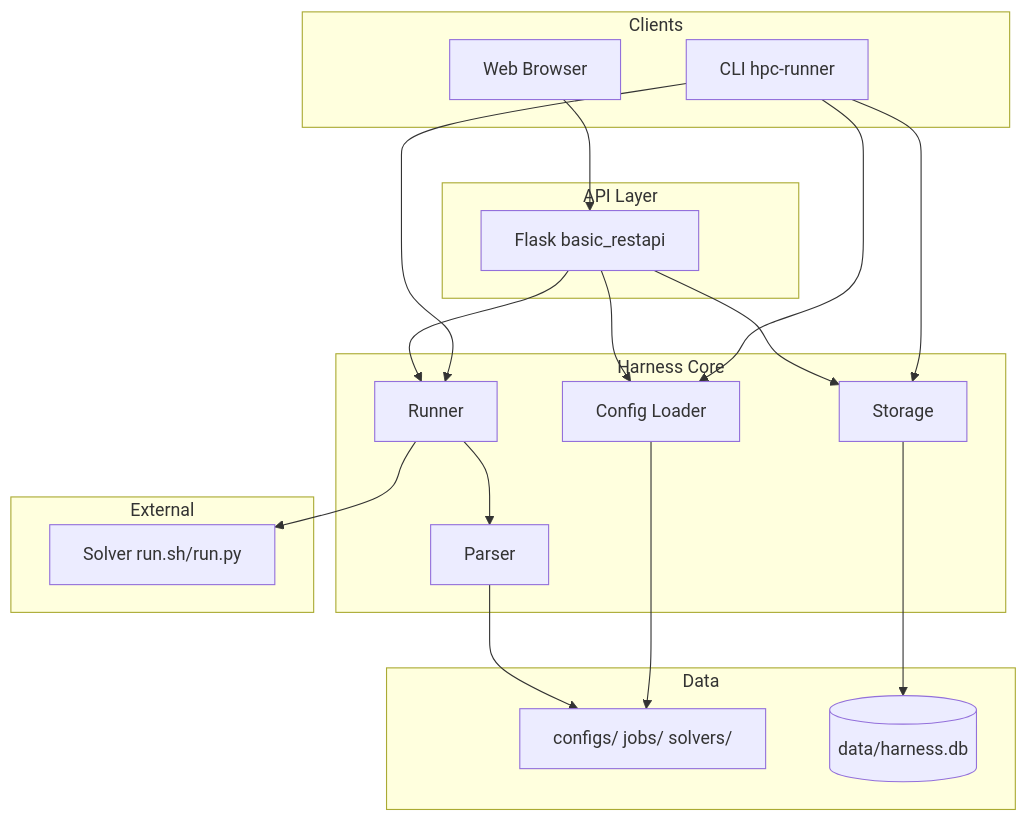
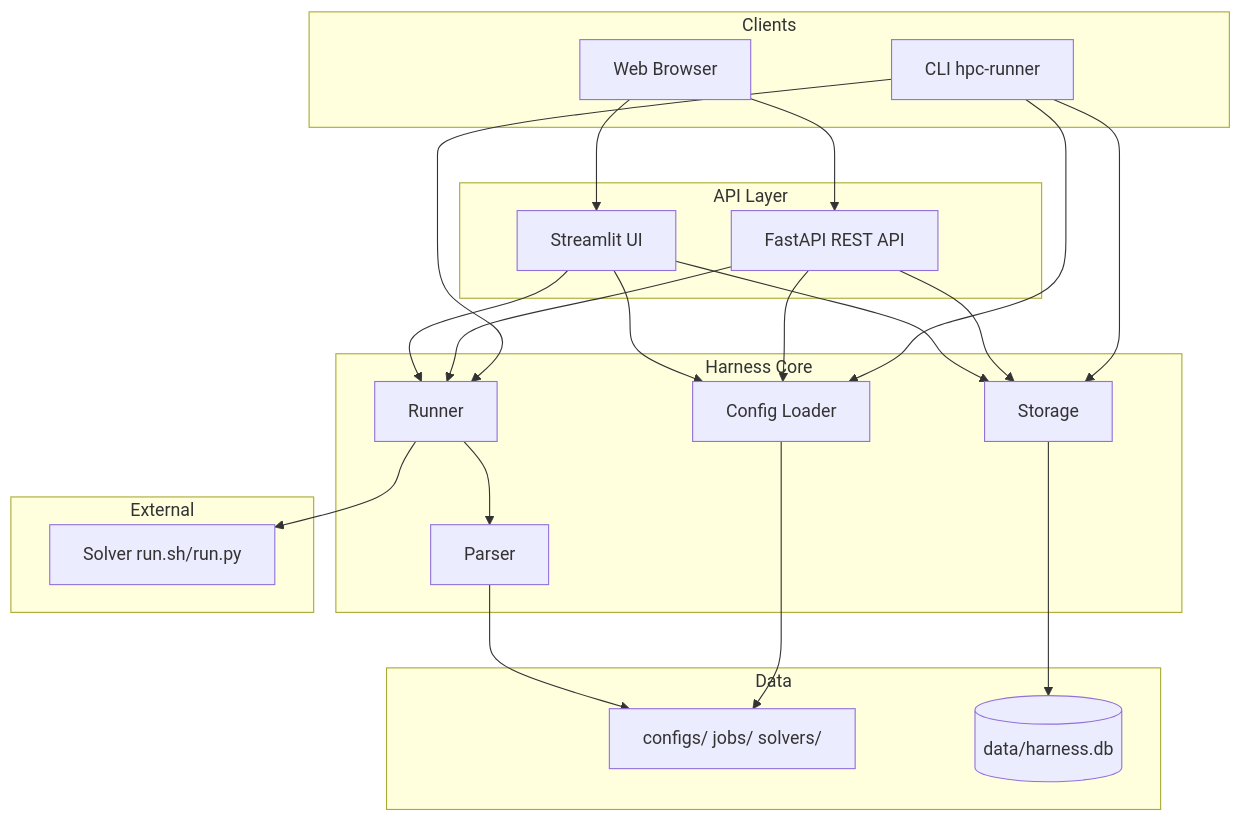
One commit to fractalclockwork/hpc-runner changed the first of 2 diagrams in docs/architecture.md. Above: the diagram before and after it, drawn with Mermaid. The commit also changed other lines of this file and 16 other files, not shown here.

````diff
--- a/docs/architecture.md
+++ b/docs/architecture.md
@@ -11,35 +11,40 @@
 ```mermaid
 flowchart TB
     subgraph clients [Clients]
         CLI[CLI hpc-runner]
         Browser[Web Browser]
     end
     subgraph api [API Layer]
-        Flask[Flask basic_restapi]
+        FastAPI[FastAPI REST API]
+        Streamlit[Streamlit UI]
     end
     subgraph core [Harness Core]
         Config[Config Loader]
         Runner[Runner]
         Parser[Parser]
         Storage[Storage]
     end
     subgraph data [Data]
         YAML[configs/ jobs/ solvers/]
         DB[(data/harness.db)]
     end
     subgraph external [External]
         SolverScript[Solver run.sh/run.py]
     end
     CLI --> Config
     CLI --> Runner
     CLI --> Storage
-    Browser --> Flask
-    Flask --> Config
-    Flask --> Runner
-    Flask --> Storage
+    Browser --> FastAPI
+    Browser --> Streamlit
+    FastAPI --> Config
+    FastAPI --> Runner
+    FastAPI --> Storage
+    Streamlit --> Config
+    Streamlit --> Runner
+    Streamlit --> Storage
     Config --> YAML
     Runner --> Parser
     Runner --> SolverScript
     Parser --> YAML
     Storage --> DB
 ```
````
